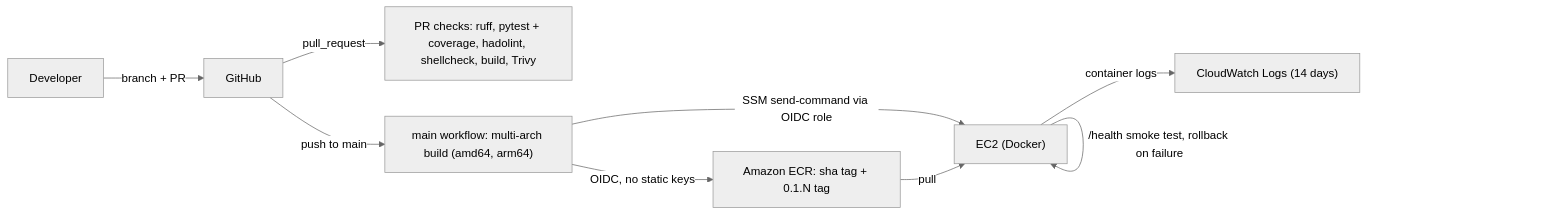
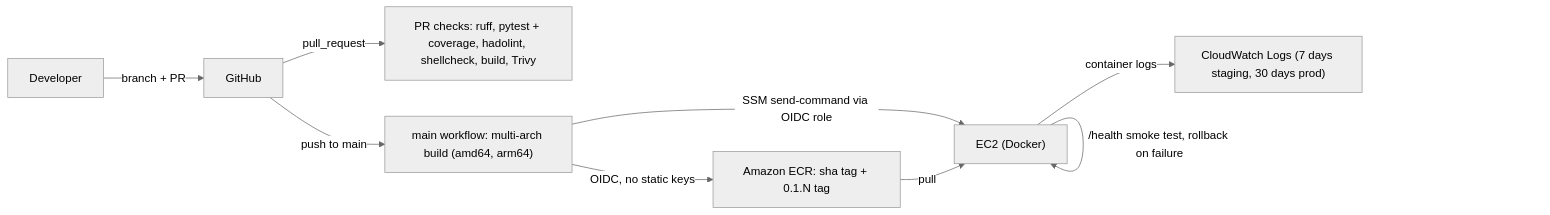
One commit to nuruzzaman24x/devops-task changed the first of 2 diagrams in README.md. Above: the diagram before and after it, drawn with Mermaid (neutral theme). The commit also changed other lines of this file, not shown here.

````diff
--- a/README.md
+++ b/README.md
@@ -17,11 +17,11 @@
 ```mermaid
 flowchart LR
   dev["Developer"] -->|"branch + PR"| gh["GitHub"]
   gh -->|"pull_request"| pr["PR checks: ruff, pytest + coverage, hadolint, shellcheck, build, Trivy"]
   gh -->|"push to main"| main["main workflow: multi-arch build (amd64, arm64)"]
   main -->|"OIDC, no static keys"| ecr["Amazon ECR: sha tag + 0.1.N tag"]
   main -->|"SSM send-command via OIDC role"| ec2["EC2 (Docker)"]
   ecr -->|"pull"| ec2
   ec2 -->|"/health smoke test, rollback on failure"| ec2
-  ec2 -->|"container logs"| cw["CloudWatch Logs (14 days)"]
+  ec2 -->|"container logs"| cw["CloudWatch Logs (7 days staging, 30 days prod)"]
 ```
````
